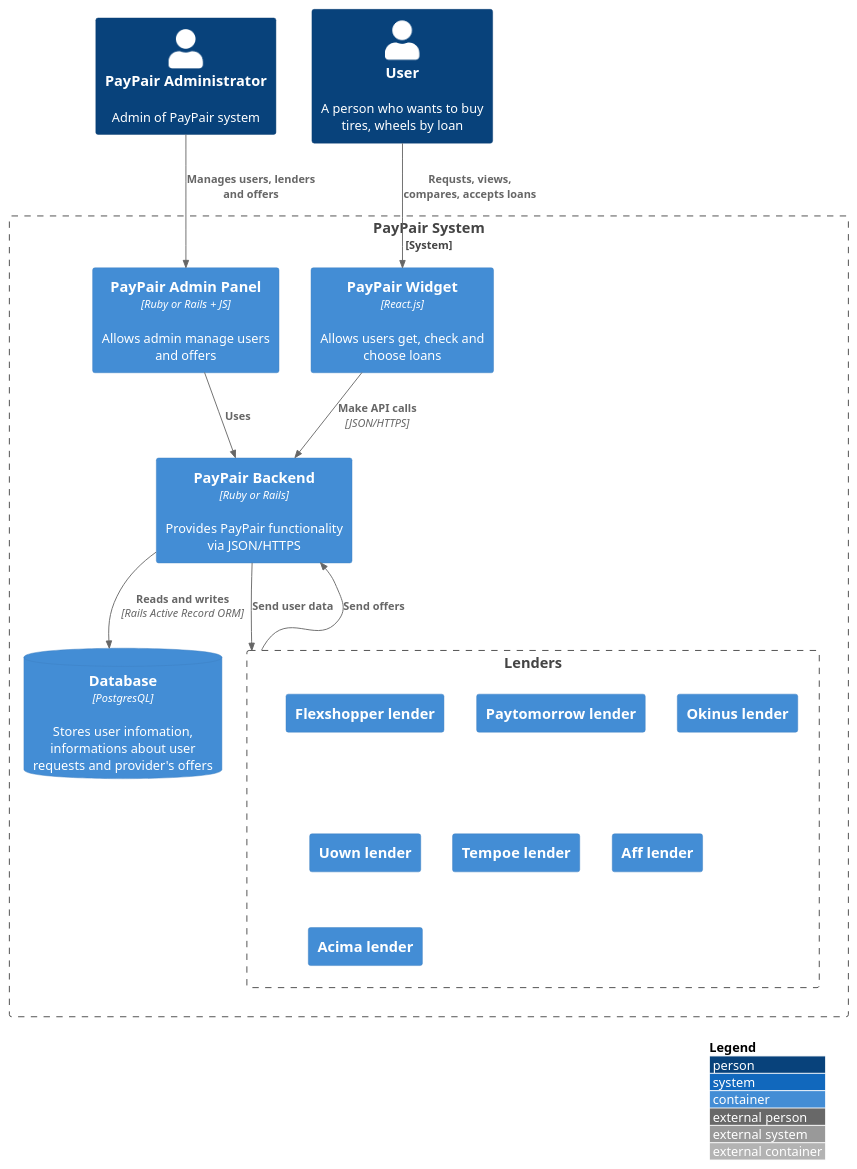
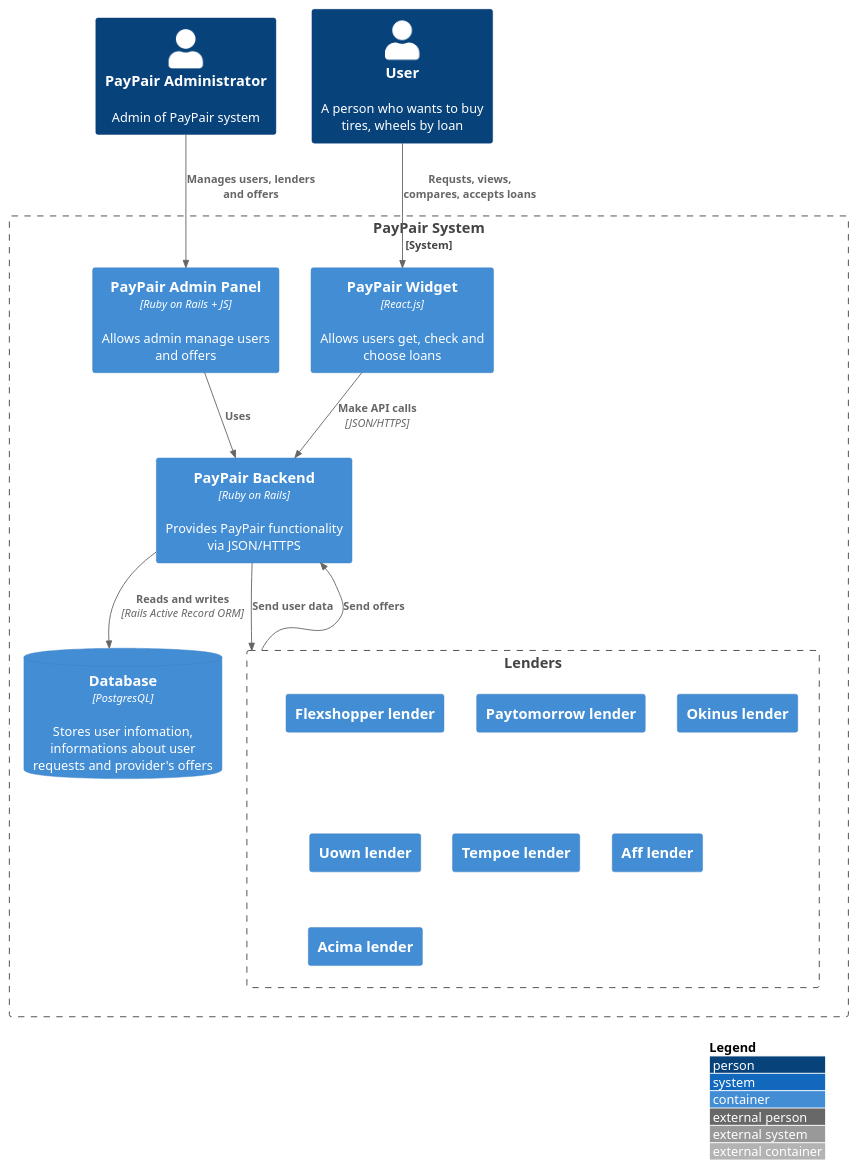
Before and after one commit to artsiomivanets/docs: the diagram in src/1.3 Diagrams for PayPair/1.3.2 Containers Diagram/context.puml, drawn with PlantUML. The commit also changed 60 other files, not shown here.

```diff
--- a/src/1.3 Diagrams for PayPair/1.3.2 Containers Diagram/context.puml
+++ b/src/1.3 Diagrams for PayPair/1.3.2 Containers Diagram/context.puml
@@ -1,44 +1,44 @@
 @startuml
 !include https://raw.githubusercontent.com/adrianvlupu/C4-PlantUML/latest/C4_Container.puml
 
 LAYOUT_WITH_LEGEND()
 
 skinparam rectangle<<test>> {
     Shadowing false
     StereotypeFontSize 0
     FontColor #444444
     BorderColor #444444
     BorderStyle dashed
     BackgroundColor #FFFFFF
 }
 
 Person(pp_admin, "PayPair Administrator", "Admin of PayPair system")
 Person(pp_user, "User", "A person who wants to buy tires, wheels by loan")
 
 System_Boundary(pp_system, "PayPair System") {
-    Container(pp_be_app, "PayPair Backend", "Ruby or Rails", "Provides PayPair functionality via JSON/HTTPS")
-    Container(pp_admin_panel, "PayPair Admin Panel", "Ruby or Rails + JS", "Allows admin manage users and offers")
+    Container(pp_be_app, "PayPair Backend", "Ruby on Rails", "Provides PayPair functionality via JSON/HTTPS")
+    Container(pp_admin_panel, "PayPair Admin Panel", "Ruby on Rails + JS", "Allows admin manage users and offers")
     Container(pp_fe_app, "PayPair Widget", "React.js", "Allows users get, check and choose loans")
     ContainerDb(db, "Database", "PostgresQL", "Stores user infomation, informations about user requests and provider's offers")
 
     rectangle "==Lenders" <<test>> as lenders_system {
         Container(fs_provider, "Flexshopper lender", "")
         Container(pt_provider, "Paytomorrow lender", "")
         Container(ok_provider, "Okinus lender", "")
         Container(uo_provider, "Uown lender", "")
         Container(tp_provider, "Tempoe lender", "")
         Container(af_provider, "Aff lender", "")
         Container(ac_provider, "Acima lender", "")
     }
 
     Rel(pp_be_app, lenders_system, "Send user data")
     Rel(lenders_system, pp_be_app, "Send offers")
 }
 
 Rel(pp_user, pp_fe_app, "Requsts, views, compares, accepts loans")
 Rel(pp_admin, pp_admin_panel, "Manages users, lenders and offers")
 Rel(pp_fe_app, pp_be_app, "Make API calls", "JSON/HTTPS")
 Rel(pp_admin_panel, pp_be_app, "Uses")
 Rel(pp_be_app, db, "Reads and writes", "Rails Active Record ORM")
 
 @enduml
```
